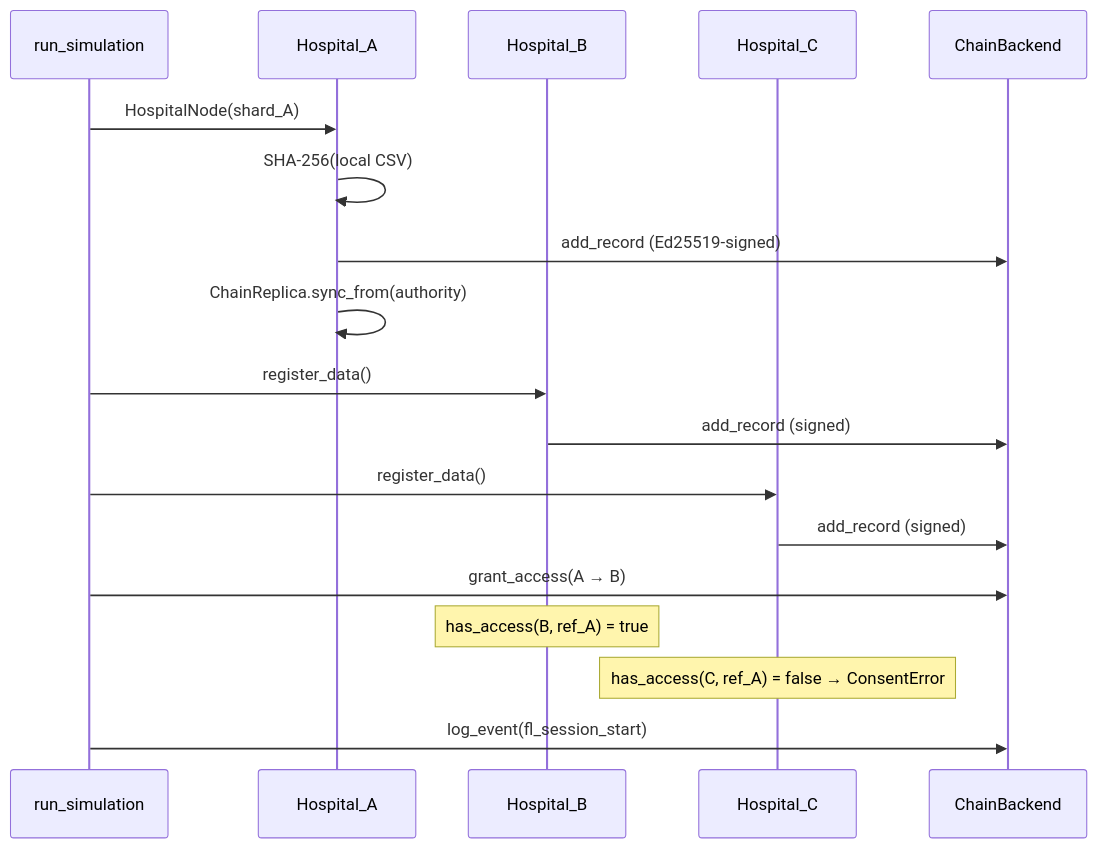
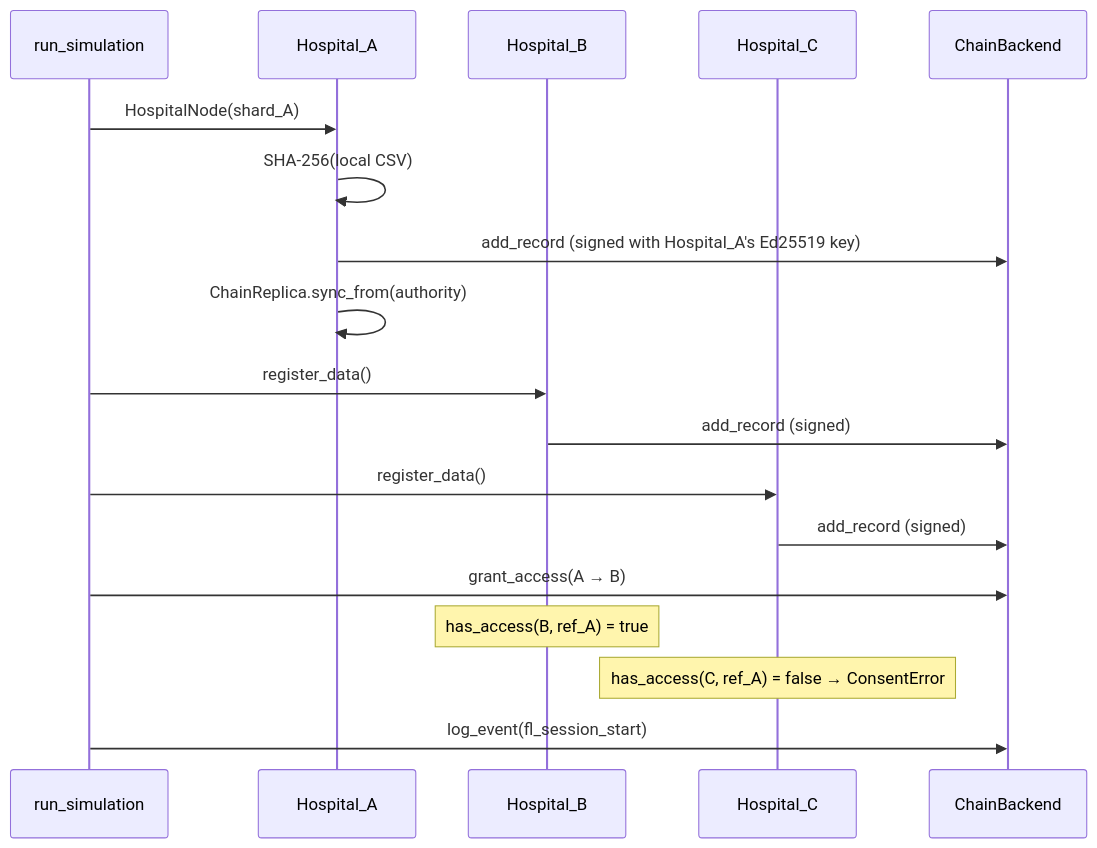
One commit to utkarshsahil04/2410031389_utkarsh_verma_3CSE22_major_project changed the first of 2 diagrams in ARCHITECTURE.md. Above: the diagram before and after it, drawn with Mermaid. The commit also changed other lines of this file, not shown here.

Commit message:
docs: update architecture, security model and experiment results

````diff
--- a/ARCHITECTURE.md
+++ b/ARCHITECTURE.md
@@ -77,24 +77,24 @@
 ```mermaid
 sequenceDiagram
     participant Sim as run_simulation
     participant HA as Hospital_A
     participant HB as Hospital_B
     participant HC as Hospital_C
     participant BC as ChainBackend
 
     Sim->>HA: HospitalNode(shard_A)
     HA->>HA: SHA-256(local CSV)
-    HA->>BC: add_record (Ed25519-signed)
+    HA->>BC: add_record (signed with Hospital_A's Ed25519 key)
     HA->>HA: ChainReplica.sync_from(authority)
 
     Sim->>HB: register_data()
     HB->>BC: add_record (signed)
     Sim->>HC: register_data()
     HC->>BC: add_record (signed)
 
     Sim->>BC: grant_access(A → B)
     Note over HB: has_access(B, ref_A) = true
     Note over HC: has_access(C, ref_A) = false → ConsentError
 
     Sim->>BC: log_event(fl_session_start)
 ```
````
